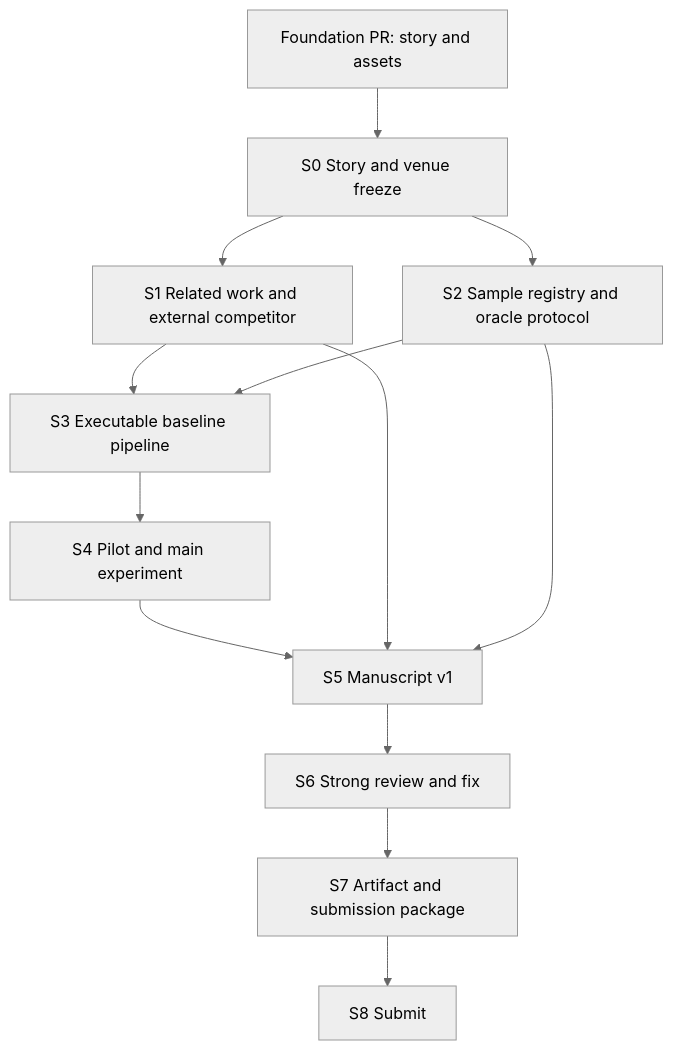
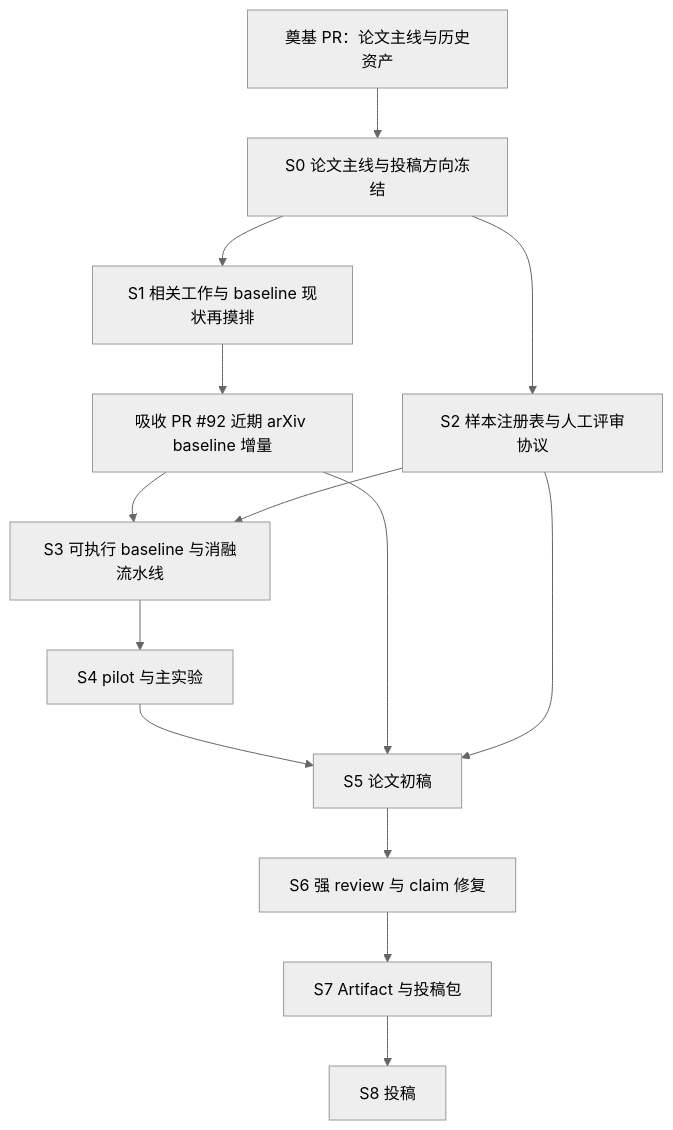
Before and after one commit to HansBug/research_ideas: the diagram in project_1_llm_state_machine_modeling/paper_v1/path1_foundation/experiment_design/execution_plan.md, drawn with Mermaid (neutral theme). The commit also changed other lines of this file and 9 other files, not shown here.

````diff
--- a/project_1_llm_state_machine_modeling/paper_v1/path1_foundation/experiment_design/execution_plan.md
+++ b/project_1_llm_state_machine_modeling/paper_v1/path1_foundation/experiment_design/execution_plan.md
@@ -25,15 +25,16 @@
 ```mermaid
 flowchart TD
-  A[Foundation PR: story and assets] --> B[S0 Story and venue freeze]
-  B --> C[S1 Related work and external competitor]
-  B --> D[S2 Sample registry and oracle protocol]
-  C --> E[S3 Executable baseline pipeline]
+  A[奠基 PR：论文主线与历史资产] --> B[S0 论文主线与投稿方向冻结]
+  B --> C[S1 相关工作与 baseline 现状再摸排]
+  C --> C2[吸收 PR #92 近期 arXiv baseline 增量]
+  B --> D[S2 样本注册表与人工评审协议]
+  C2 --> E[S3 可执行 baseline 与消融流水线]
   D --> E
-  E --> F[S4 Pilot and main experiment]
-  F --> G[S5 Manuscript v1]
-  C --> G
+  E --> F[S4 pilot 与主实验]
+  F --> G[S5 论文初稿]
+  C2 --> G
   D --> G
-  G --> H[S6 Strong review and fix]
-  H --> I[S7 Artifact and submission package]
-  I --> J[S8 Submit]
+  G --> H[S6 强 review 与 claim 修复]
+  H --> I[S7 Artifact 与投稿包]
+  I --> J[S8 投稿]
 ```
````
